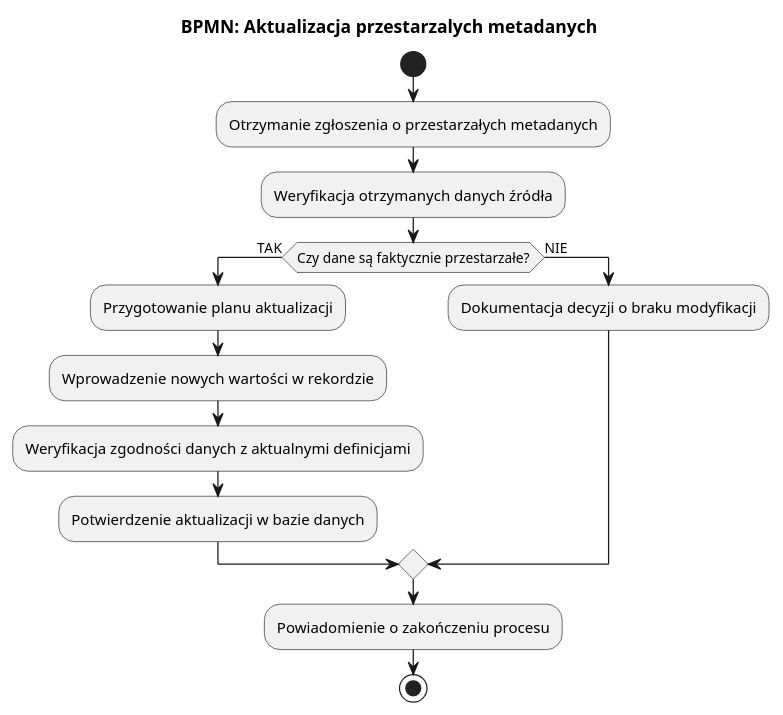
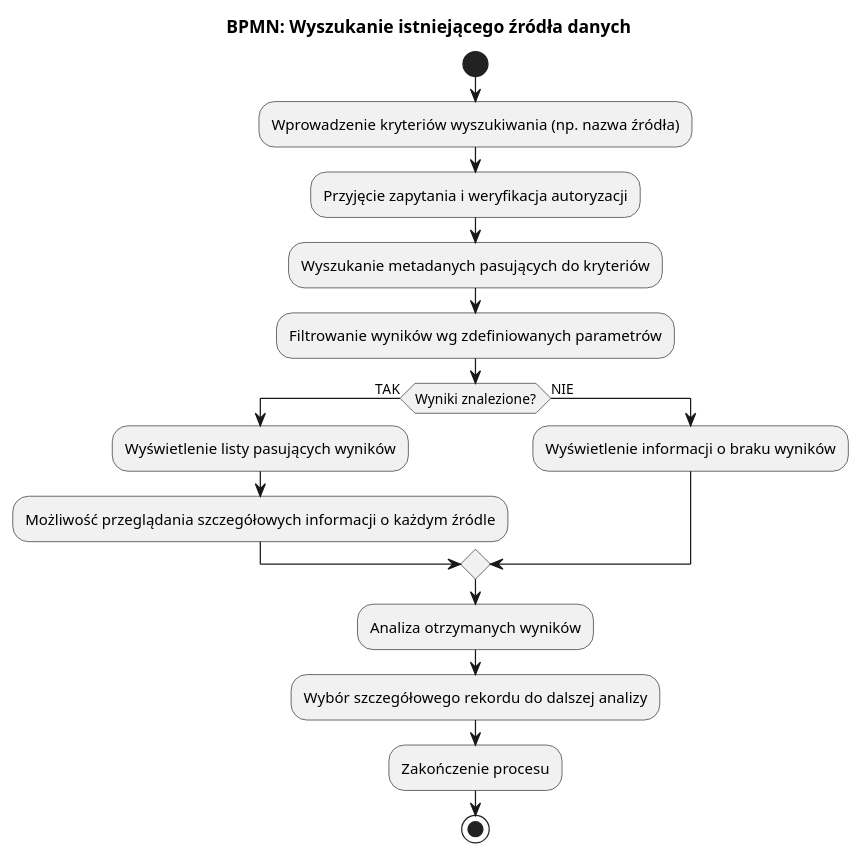
Before and after one commit to falkowp/IWO25L: the diagram in dokumentacja/specyfikacja.wymagan/2.opis.biznesu/procesy.biznesowe/aktualne/A_PB0005.puml, drawn with PlantUML. The commit also changed 16 other files, not shown here.

```diff
--- a/dokumentacja/specyfikacja.wymagan/2.opis.biznesu/procesy.biznesowe/aktualne/A_PB0005.puml
+++ b/dokumentacja/specyfikacja.wymagan/2.opis.biznesu/procesy.biznesowe/aktualne/A_PB0005.puml
@@ -1,18 +1,20 @@
 @startuml
-title BPMN: Aktualizacja przestarzalych metadanych
+title BPMN: Wyszukanie istniejącego źródła danych
 
-|Administrator|
+|Użytkownik|
 start
-:Otrzymanie zgłoszenia o przestarzałych metadanych;
-:Weryfikacja otrzymanych danych źródła;
-if (Czy dane są faktycznie przestarzałe?) then (TAK)
-  :Przygotowanie planu aktualizacji;
-  :Wprowadzenie nowych wartości w rekordzie;
-  :Weryfikacja zgodności danych z aktualnymi definicjami;
-  :Potwierdzenie aktualizacji w bazie danych;
+:Wprowadzenie kryteriów wyszukiwania (np. nazwa źródła);
+:Przyjęcie zapytania i weryfikacja autoryzacji;
+:Wyszukanie metadanych pasujących do kryteriów;
+:Filtrowanie wyników wg zdefiniowanych parametrów;
+if (Wyniki znalezione?) then (TAK)
+  :Wyświetlenie listy pasujących wyników;
+  :Możliwość przeglądania szczegółowych informacji o każdym źródle;
 else (NIE)
-  :Dokumentacja decyzji o braku modyfikacji;
+  :Wyświetlenie informacji o braku wyników;
 endif
-:Powiadomienie o zakończeniu procesu;
+:Analiza otrzymanych wyników;
+:Wybór szczegółowego rekordu do dalszej analizy;
+:Zakończenie procesu;
 stop
 @enduml
```
